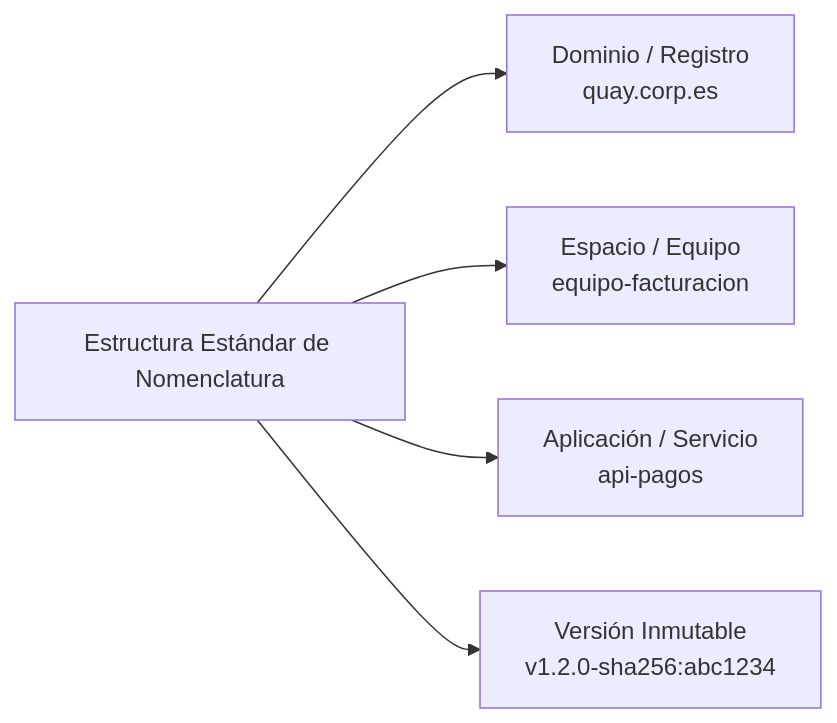
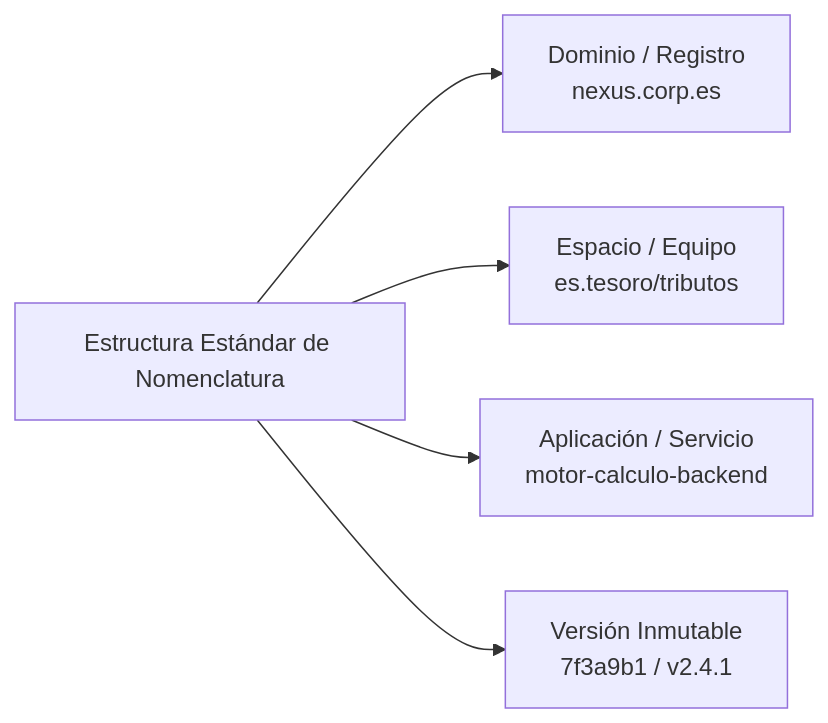
One commit to ieftraining/curso-openshift changed the second of 6 diagrams in docs/sesion4/4.4 Registro, gestión y seguridad de imágenes.md. Above: the diagram before and after it, drawn with Mermaid. The commit also changed other lines of this file, not shown here.

````diff
--- a/docs/sesion4/4.4 Registro, gestión y seguridad de imágenes.md
+++ b/docs/sesion4/4.4 Registro, gestión y seguridad de imágenes.md
@@ -54,7 +54,7 @@
 ```mermaid
 flowchart LR
-    A[Estructura Estándar de Nomenclatura] --> B[Dominio / Registro<br>quay.corp.es]
-    A --> C[Espacio / Equipo<br>equipo-facturacion]
-    A --> D[Aplicación / Servicio<br>api-pagos]
-    A --> E[Versión Inmutable<br>v1.2.0-sha256:abc1234]
+    A[Estructura Estándar de Nomenclatura] --> B[Dominio / Registro<br>nexus.corp.es]
+    A --> C[Espacio / Equipo<br>es.tesoro/tributos]
+    A --> D[Aplicación / Servicio<br>motor-calculo-backend]
+    A --> E[Versión Inmutable<br>7f3a9b1 / v2.4.1]
 ```
````
